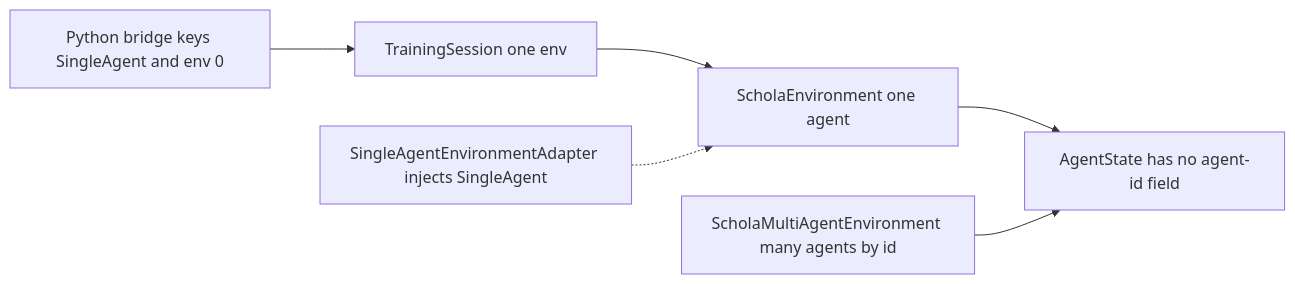
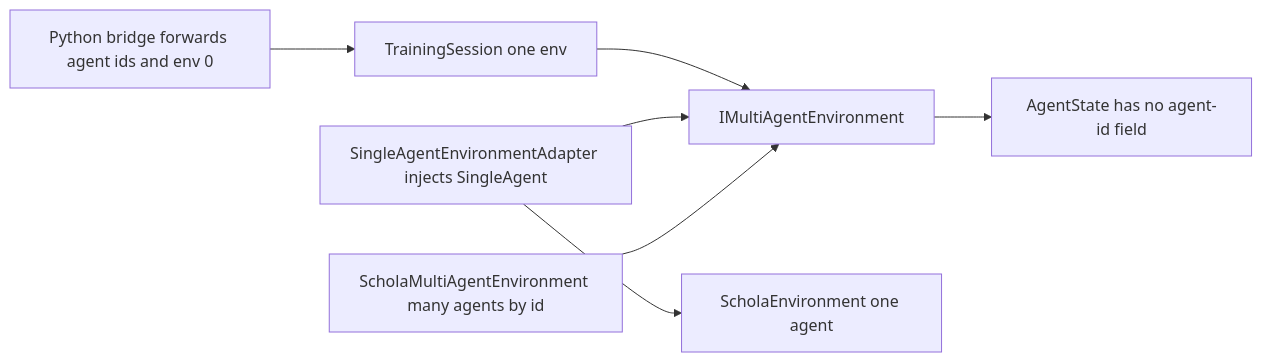
The tenth of 13 diagrams in Unity/com.amd.schola/Documentation~/architecture/us1-us4-uml.md (GPUOpen-LibrariesAndSDKs/Schola), drawn with Mermaid before and after one commit. The commit also changed other lines of this file and 21 other files, not shown here.

First line of the commit message:
feat: connect multi-agent environments to training

````diff
--- a/Unity/com.amd.schola/Documentation~/architecture/us1-us4-uml.md
+++ b/Unity/com.amd.schola/Documentation~/architecture/us1-us4-uml.md
@@ -516,12 +516,14 @@
 ```mermaid
 flowchart LR
-  bridge["Python bridge keys SingleAgent and env 0"]
+  bridge["Python bridge forwards agent ids and env 0"]
   session["TrainingSession one env"]
-  env["ScholaEnvironment one agent"]
+  multiIface["IMultiAgentEnvironment"]
   state["AgentState has no agent-id field"]
   adapter["SingleAgentEnvironmentAdapter injects SingleAgent"]
+  single["ScholaEnvironment one agent"]
   multi["ScholaMultiAgentEnvironment many agents by id"]
-  bridge --> session --> env --> state
-  adapter -.-> env
-  multi --> state
+  bridge --> session --> multiIface --> state
+  adapter --> multiIface
+  adapter --> single
+  multi --> multiIface
 ```
````
